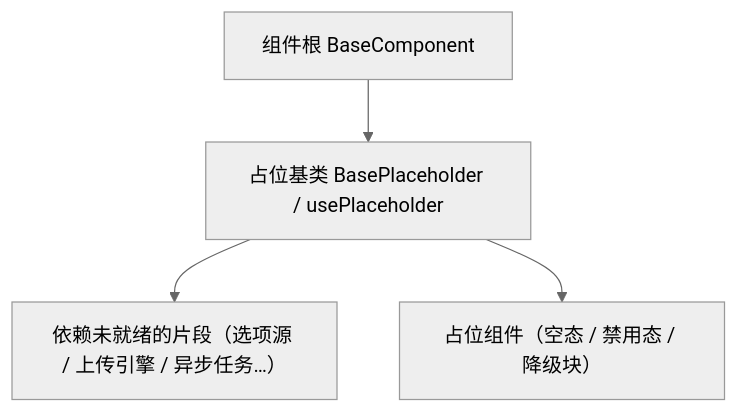
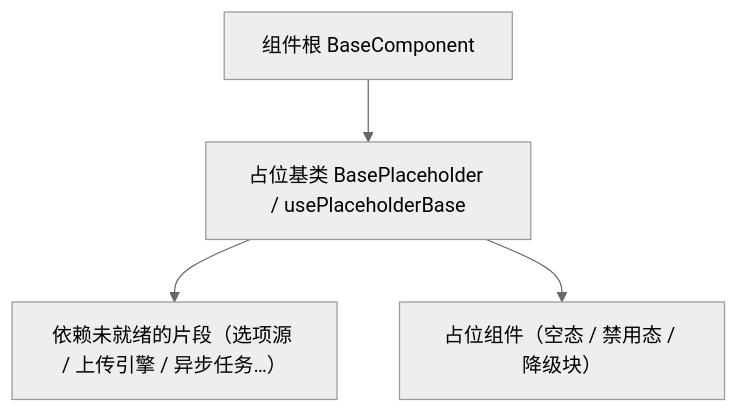
Before and after one commit to minjian123/basic-management-system: the diagram in bms文档/设计/组件设计/02_基础组件类/01_机制基类/04_组件设计_占位基类/04_组件设计_占位基类.md, drawn with Mermaid (neutral theme). The commit also changed other lines of this file and 29 other files, not shown here.

````diff
--- a/bms文档/设计/组件设计/02_基础组件类/01_机制基类/04_组件设计_占位基类/04_组件设计_占位基类.md
+++ b/bms文档/设计/组件设计/02_基础组件类/01_机制基类/04_组件设计_占位基类/04_组件设计_占位基类.md
@@ -15,6 +15,6 @@
 ```mermaid
 flowchart TD
-    COMP["组件根 BaseComponent"] --> PH["占位基类 BasePlaceholder / usePlaceholder"]
+    COMP["组件根 BaseComponent"] --> PH["占位基类 BasePlaceholder / usePlaceholderBase"]
     PH --> CAP["依赖未就绪的片段（选项源 / 上传引擎 / 异步任务…）"]
     PH --> C["占位组件（空态 / 禁用态 / 降级块）"]
 ```
````
